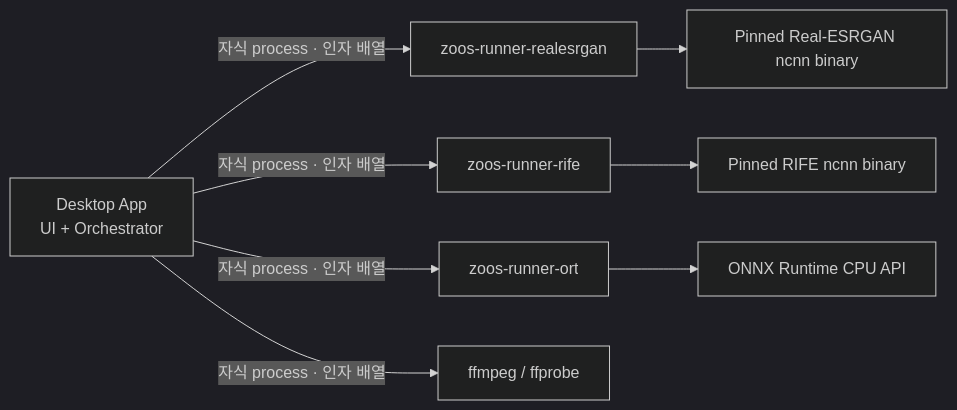
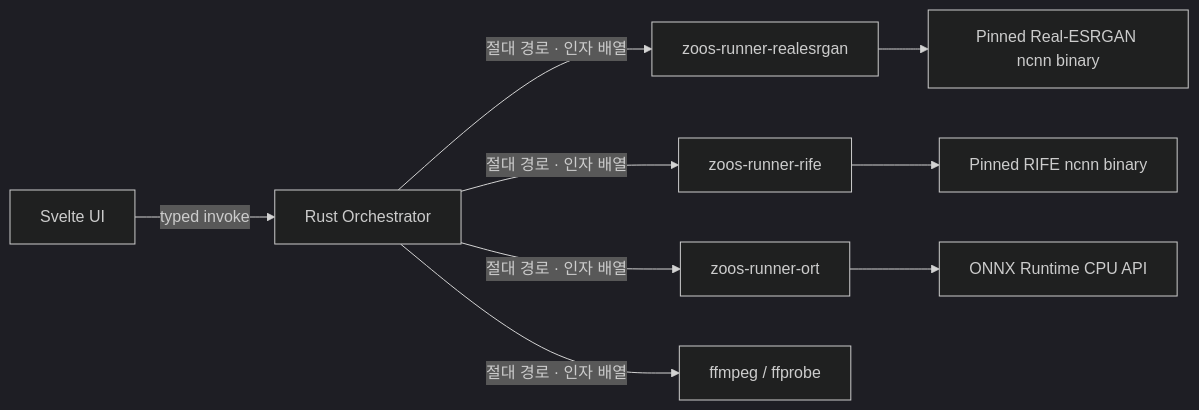
Before and after one commit to zooslab/zoos-upscale: the second of 9 diagrams in ARCHITECTURE.md, drawn with Mermaid (dark theme). The commit also changed other lines of this file and 1 other file, not shown here.

Commit message:
docs: Tauri Rust 설계 기준 반영

````diff
--- a/ARCHITECTURE.md
+++ b/ARCHITECTURE.md
@@ -87,11 +89,12 @@
 ```mermaid
 flowchart LR
-    APP["Desktop App<br/>UI + Orchestrator"] -->|"자식 process · 인자 배열"| WR1["zoos-runner-realesrgan"]
-    APP -->|"자식 process · 인자 배열"| WR2["zoos-runner-rife"]
-    APP -->|"자식 process · 인자 배열"| WR3["zoos-runner-ort"]
-    APP -->|"자식 process · 인자 배열"| FF["ffmpeg / ffprobe"]
+    UI["Svelte UI"] -->|"typed invoke"| APP["Rust Orchestrator"]
+    APP -->|"절대 경로 · 인자 배열"| WR1["zoos-runner-realesrgan"]
+    APP -->|"절대 경로 · 인자 배열"| WR2["zoos-runner-rife"]
+    APP -->|"절대 경로 · 인자 배열"| WR3["zoos-runner-ort"]
+    APP -->|"절대 경로 · 인자 배열"| FF["ffmpeg / ffprobe"]
 
     WR1 --> ESR["Pinned Real-ESRGAN ncnn binary"]
     WR2 --> RIFE["Pinned RIFE ncnn binary"]
     WR3 --> ORT["ONNX Runtime CPU API"]
 ```
````
